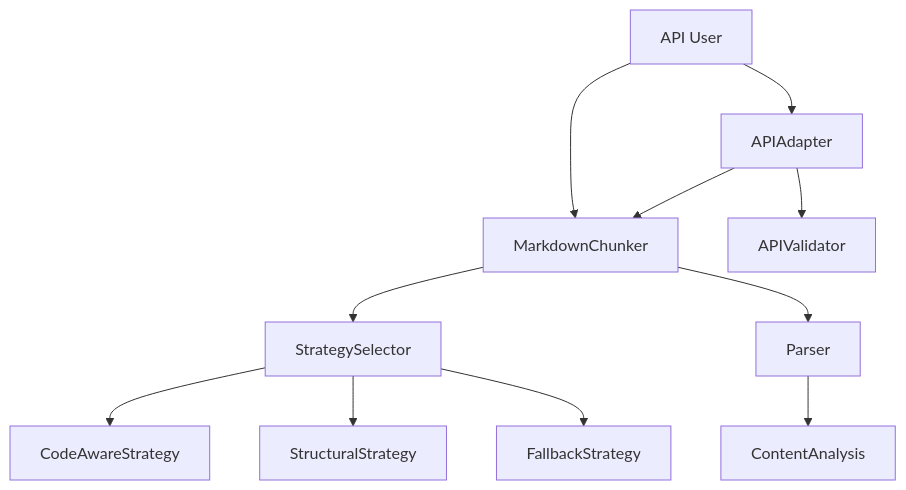
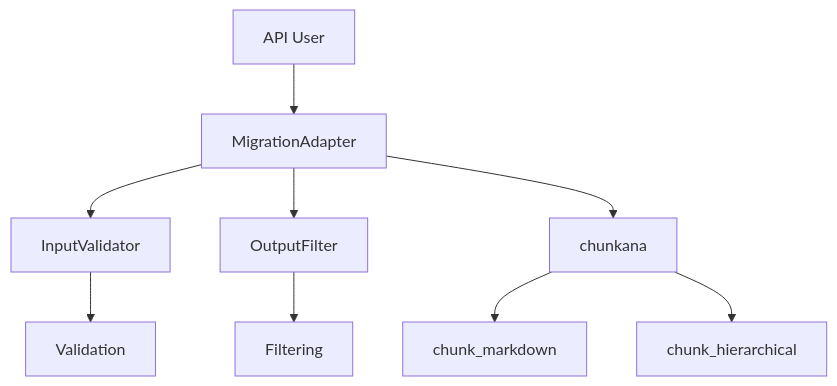
Before and after one commit to asukhodko/dify-markdown-chunker: the first of 2 diagrams in .qoder/repowiki/en/content/Reference/API Reference/API Reference.md, drawn with Mermaid. The commit also changed other lines of this file and 6 other files, not shown here.

First line of the commit message:
feat(adapter): introduce migration adapter for chunkana integration

````diff
--- a/.qoder/repowiki/en/content/Reference/API Reference/API Reference.md
+++ b/.qoder/repowiki/en/content/Reference/API Reference/API Reference.md
@@ -50,13 +53,11 @@
 ```mermaid
 graph TD
-A[API User] --> B[APIAdapter]
-A --> C[MarkdownChunker]
-B --> D[APIValidator]
-B --> C
-C --> E[StrategySelector]
-C --> F[Parser]
-E --> G[CodeAwareStrategy]
-E --> H[StructuralStrategy]
-E --> I[FallbackStrategy]
-F --> J[ContentAnalysis]
+A[API User] --> B[MigrationAdapter]
+B --> C[InputValidator]
+B --> D[OutputFilter]
+B --> E[chunkana]
+E --> F[chunk_markdown]
+E --> G[chunk_hierarchical]
+C --> H[Validation]
+D --> I[Filtering]
 ```
````
